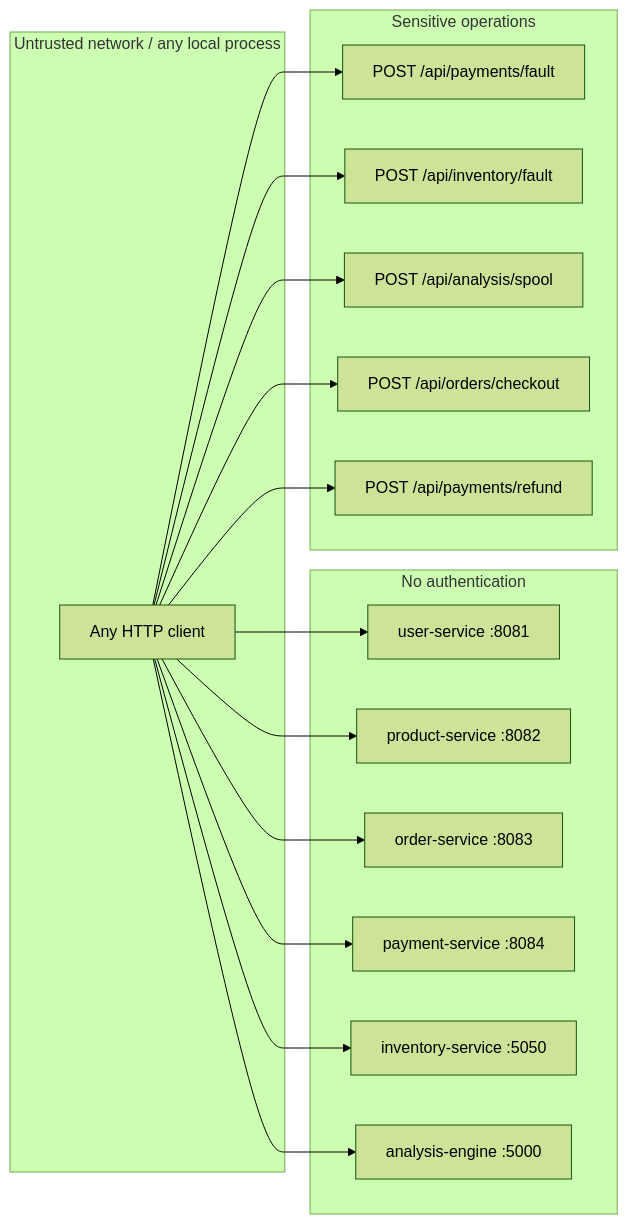
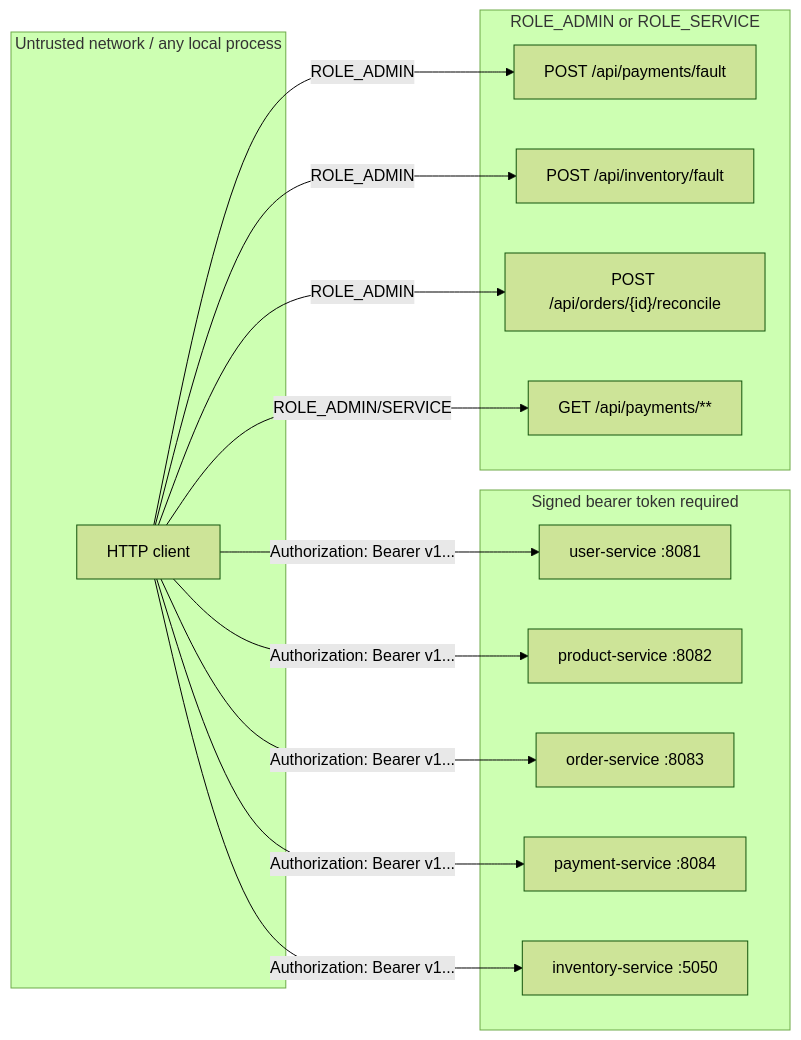
Before and after one commit to Prathamesh-Jadhav04/CausalOTel: the ninth of 9 diagrams in ARCHITECTURE.md, drawn with Mermaid (forest theme). The commit also changed other lines of this file and 3 other files, not shown here.

````diff
--- a/ARCHITECTURE.md
+++ b/ARCHITECTURE.md
@@ -569,35 +584,31 @@
 ```mermaid
 flowchart LR
   subgraph Untrusted["Untrusted network / any local process"]
-    X["Any HTTP client"]
+    X["HTTP client"]
   end
 
-  subgraph Public["No authentication"]
+  subgraph Auth["Signed bearer token required"]
     U["user-service :8081"]
     P["product-service :8082"]
     O["order-service :8083"]
     PAY["payment-service :8084"]
     I["inventory-service :5050"]
-    A["analysis-engine :5000"]
   end
 
-  subgraph Sensitive["Sensitive operations"]
+  subgraph Admin["ROLE_ADMIN or ROLE_SERVICE"]
     F1["POST /api/payments/fault"]
     F2["POST /api/inventory/fault"]
-    S1["POST /api/analysis/spool"]
-    B1["POST /api/orders/checkout"]
-    B2["POST /api/payments/refund"]
+    R1["POST /api/orders/{id}/reconcile"]
+    R2["GET /api/payments/**"]
   end
 
-  X --> U
-  X --> P
-  X --> O
-  X --> PAY
-  X --> I
-  X --> A
-  X --> F1
-  X --> F2
-  X --> S1
-  X --> B1
-  X --> B2
+  X -->|"Authorization: Bearer v1..."| U
+  X -->|"Authorization: Bearer v1..."| P
+  X -->|"Authorization: Bearer v1..."| O
+  X -->|"Authorization: Bearer v1..."| PAY
+  X -->|"Authorization: Bearer v1..."| I
+  X -->|"ROLE_ADMIN"| F1
+  X -->|"ROLE_ADMIN"| F2
+  X -->|"ROLE_ADMIN"| R1
+  X -->|"ROLE_ADMIN/SERVICE"| R2
 ```
````
